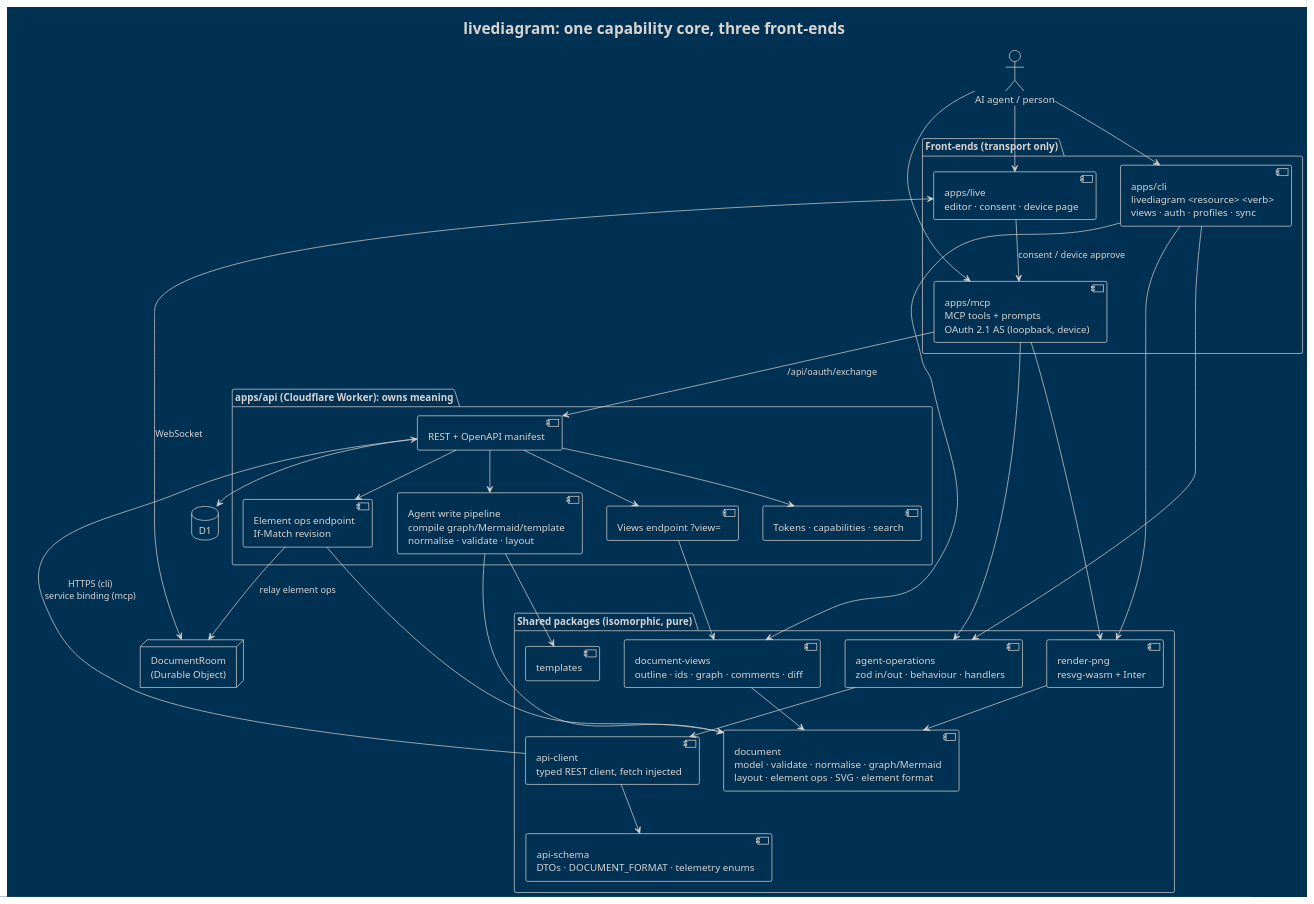
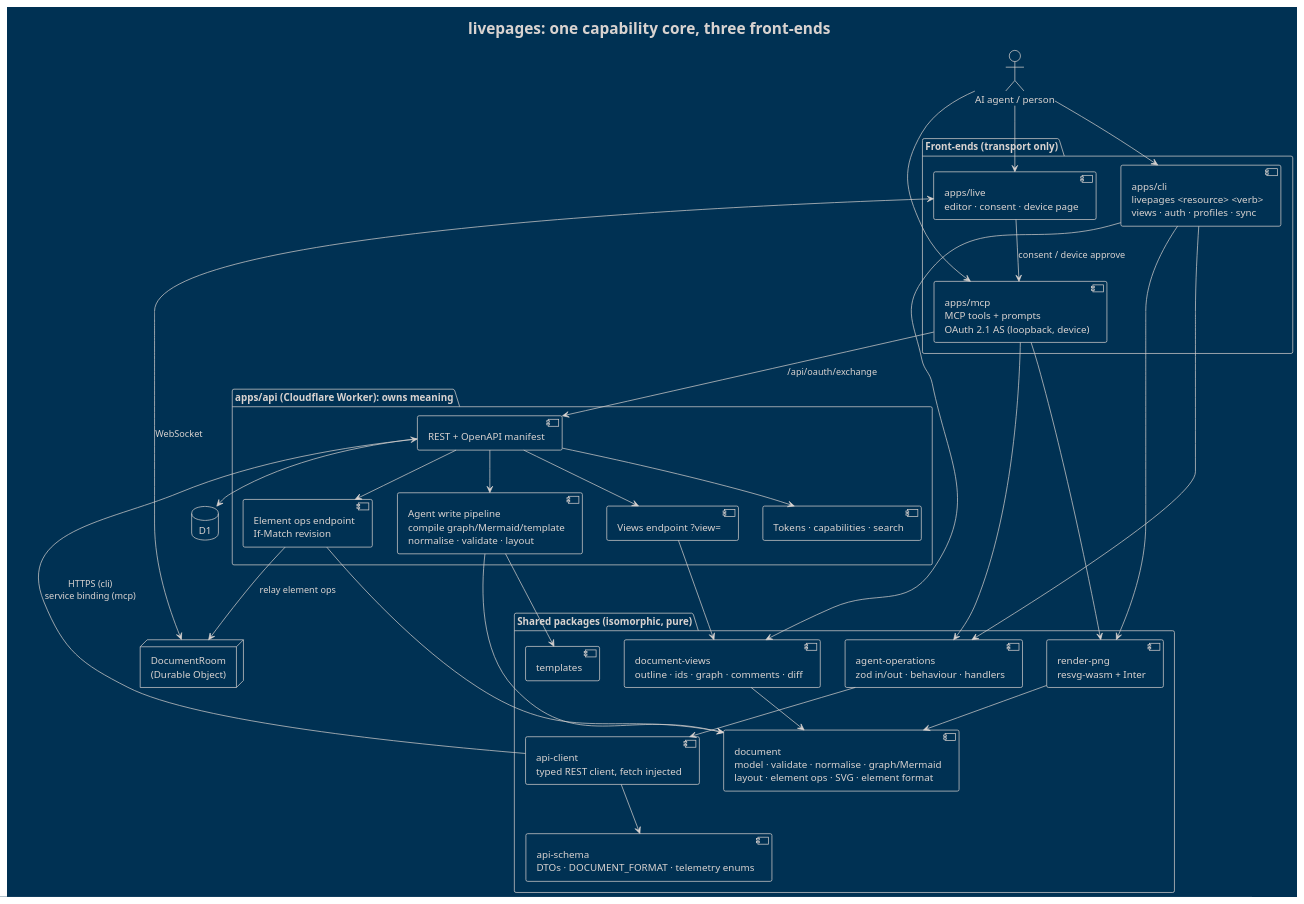
The diagram in livepages/docs/research/agent-cli/shared-core-architecture.md (livediagram-app/livediagram.app), drawn with PlantUML before and after one commit. The commit also changed other lines of this file and 5251 other files, not shown here.

First line of the commit message:
Rebrand the livepages copy and isolate it from livediagram's infrastructure

````diff
--- a/livepages/docs/research/agent-cli/shared-core-architecture.md
+++ b/livepages/docs/research/agent-cli/shared-core-architecture.md
@@ -250,65 +250,65 @@
 ```plantuml
 @startuml
 !theme blueprint
-title livediagram: one capability core, three front-ends
+title livepages: one capability core, three front-ends
 
 actor "AI agent / person" as user
 
 package "Front-ends (transport only)" {
-  [apps/cli\nlivediagram <resource> <verb>\nviews · auth · profiles · sync] as cli
+  [apps/cli\nlivepages <resource> <verb>\nviews · auth · profiles · sync] as cli
   [apps/mcp\nMCP tools + prompts\nOAuth 2.1 AS (loopback, device)] as mcp
   [apps/live\neditor · consent · device page] as live
 }
 
 package "Shared packages (isomorphic, pure)" {
   [agent-operations\nzod in/out · behaviour · handlers] as ops
   [api-client\ntyped REST client, fetch injected] as client
   [document-views\noutline · ids · graph · comments · diff] as views
   [render-png\nresvg-wasm + Inter] as png
   [document\nmodel · validate · normalise · graph/Mermaid\nlayout · element ops · SVG · element format] as doc
   [templates] as tpl
   [api-schema\nDTOs · DOCUMENT_FORMAT · telemetry enums] as schema
 }
 
 package "apps/api (Cloudflare Worker): owns meaning" {
   [REST + OpenAPI manifest] as rest
   [Agent write pipeline\ncompile graph/Mermaid/template\nnormalise · validate · layout] as pipeline
   [Element ops endpoint\nIf-Match revision] as opsep
   [Views endpoint ?view=] as viewep
   [Tokens · capabilities · search] as tokens
 }
 
 database "D1" as d1
 node "DocumentRoom\n(Durable Object)" as room
 
 user --> cli
 user --> mcp
 user --> live
 
 cli --> ops
 mcp --> ops
 cli --> views
 cli --> png
 mcp --> png
 ops --> client
 client --> rest : HTTPS (cli)\nservice binding (mcp)
 
 rest --> pipeline
 rest --> opsep
 rest --> viewep
 rest --> tokens
 pipeline --> doc
 pipeline --> tpl
 opsep --> doc
 viewep --> views
 views --> doc
 png --> doc
 client --> schema
 
 opsep --> room : relay element ops
 live <--> room : WebSocket
 rest --> d1
 mcp --> rest : /api/oauth/exchange
 live --> mcp : consent / device approve
 @enduml
 ```
````
